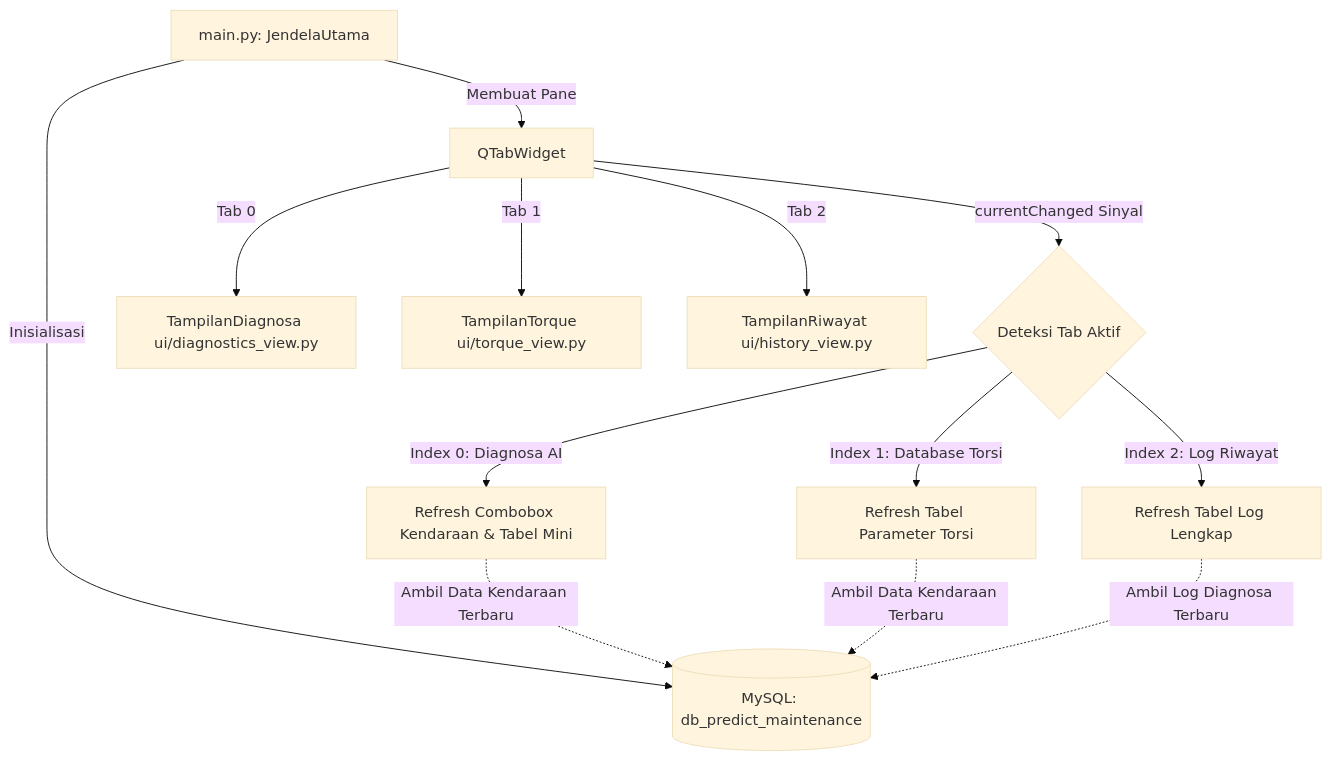
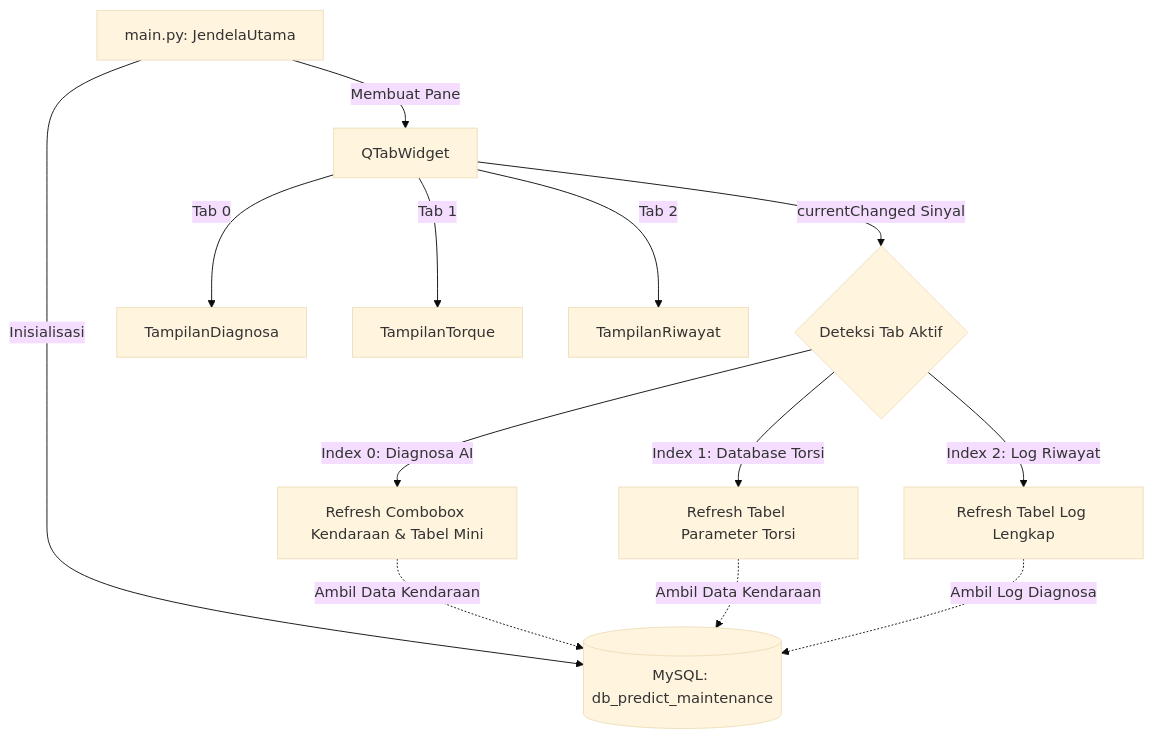
The first of 3 diagrams in README.md (hafistafrizal/predictive-maintenance), drawn with Mermaid (base theme) before and after one commit. The commit also changed other lines of this file and 38 other files, not shown here.

````diff
--- a/README.md
+++ b/README.md
@@ -93,17 +117,17 @@
 ```mermaid
 graph TD
     A[main.py: JendelaUtama] -->|Inisialisasi| B[(MySQL: db_predict_maintenance)]
     A -->|Membuat Pane| C[QTabWidget]
-    C -->|Tab 0| D[TampilanDiagnosa ui/diagnostics_view.py]
-    C -->|Tab 1| E[TampilanTorque ui/torque_view.py]
-    C -->|Tab 2| F[TampilanRiwayat ui/history_view.py]
-    
+    C -->|Tab 0| D[TampilanDiagnosa]
+    C -->|Tab 1| E[TampilanTorque]
+    C -->|Tab 2| F[TampilanRiwayat]
+
     C -->|currentChanged Sinyal| G{Deteksi Tab Aktif}
     G -->|Index 0: Diagnosa AI| H[Refresh Combobox Kendaraan & Tabel Mini]
     G -->|Index 1: Database Torsi| I[Refresh Tabel Parameter Torsi]
     G -->|Index 2: Log Riwayat| J[Refresh Tabel Log Lengkap]
 
-    H -.->|Ambil Data Kendaraan Terbaru| B
-    I -.->|Ambil Data Kendaraan Terbaru| B
-    J -.->|Ambil Log Diagnosa Terbaru| B
+    H -.->|Ambil Data Kendaraan| B
+    I -.->|Ambil Data Kendaraan| B
+    J -.->|Ambil Log Diagnosa| B
 ```
````
